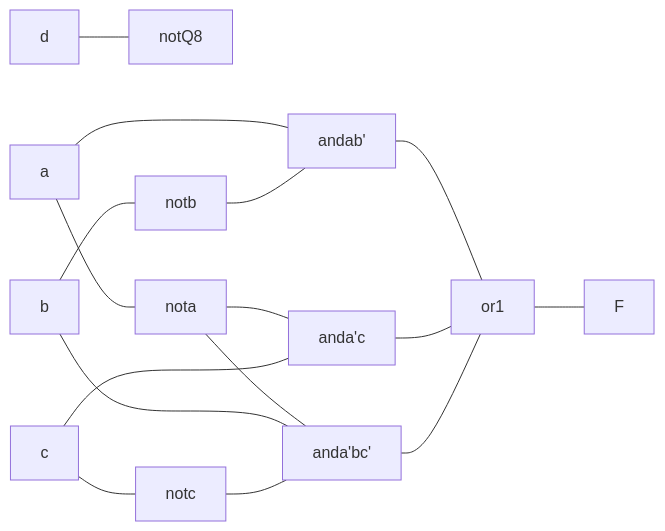
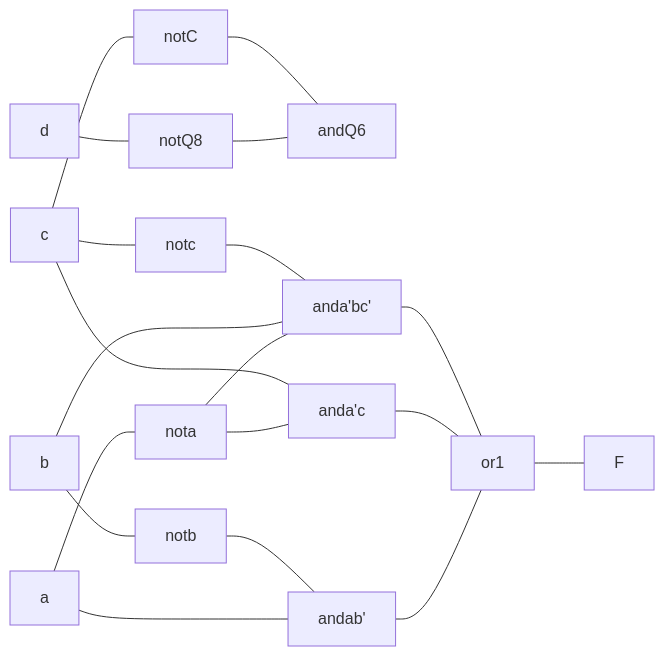
One commit to tnichols217/notes changed the first of 2 diagrams in CSDS 281 - Logic Design/HW/3/Tables.md. Above: the diagram before and after it, drawn with Mermaid.

Commit message:
vault backup: 2024-02-14 19:16:20

````diff
--- a/CSDS 281 - Logic Design/HW/3/Tables.md
+++ b/CSDS 281 - Logic Design/HW/3/Tables.md
@@ -2,20 +2,24 @@
 ```mermaid
 flowchart LR
 
 d --- notQ8
+
+c --- notC
+
+notQ8 & notC --- andQ6
 
 
 
 b --- notb
 a & notb --- andab'
 
 a --- nota
 nota & c --- anda'c
 
 c --- notc
 nota & b & notc --- anda'bc'
 
 andab' & anda'c & anda'bc' --- or1
 
 or1 --- F
 ```
````
